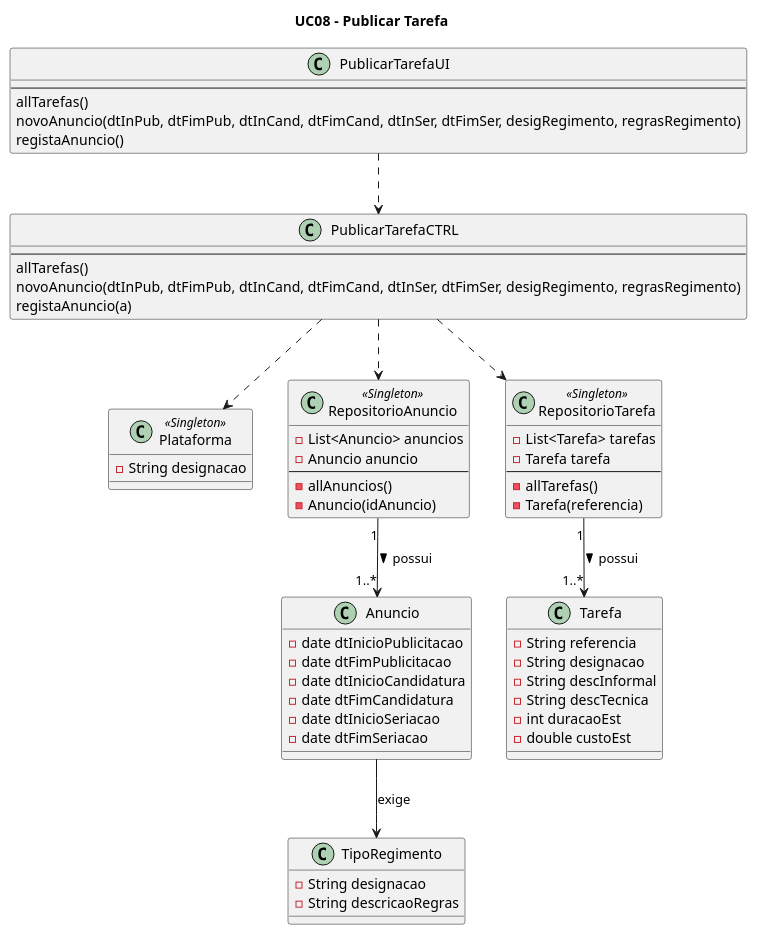
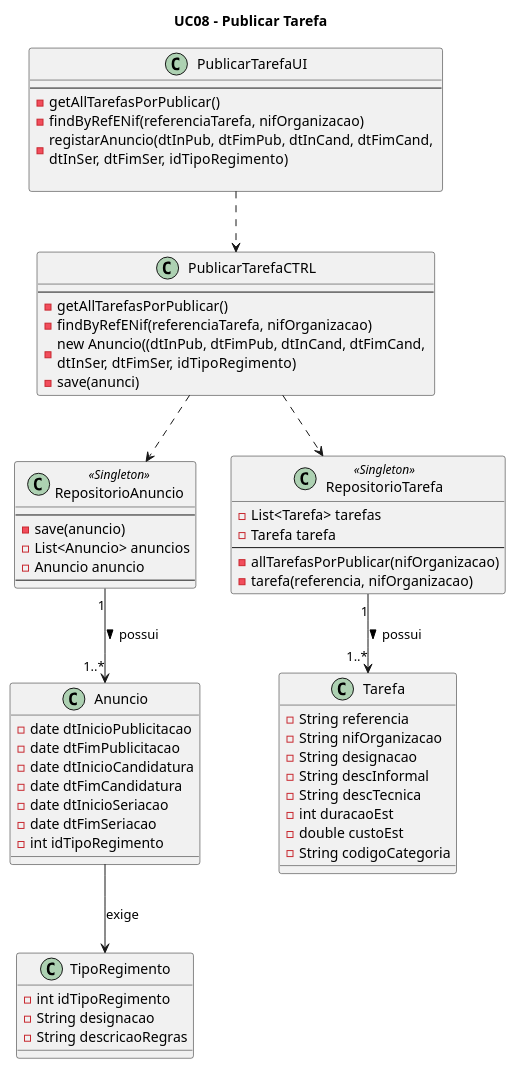
One commit to blestonbandeiraUPSKILL/upskill_java1_labprg_grupo2 changed the diagram in Documentação/Sprint 3/UC08_Publicar_Tarefa/UC08_Publicar_Tarefa_DiagClas.wsd. Above: the diagram before and after it, drawn with PlantUML. The commit also changed 9 other files, not shown here.

```diff
--- a/Documentação/Sprint 3/UC08_Publicar_Tarefa/UC08_Publicar_Tarefa_DiagClas.wsd
+++ b/Documentação/Sprint 3/UC08_Publicar_Tarefa/UC08_Publicar_Tarefa_DiagClas.wsd
@@ -1,70 +1,76 @@
 @startuml
 title UC08 - Publicar Tarefa
 
-class Plataforma <<Singleton>> {
-    -String designacao
-}
+'left to right direction
 
 class PublicarTarefaUI{
     --
-    allTarefas()
-    novoAnuncio(dtInPub, dtFimPub, dtInCand, dtFimCand, dtInSer, dtFimSer, desigRegimento, regrasRegimento)
-    registaAnuncio()
+    -getAllTarefasPorPublicar()
+    -findByRefENif(referenciaTarefa, nifOrganizacao)
+    -registarAnuncio(dtInPub, dtFimPub, dtInCand, dtFimCand, \ndtInSer, dtFimSer, idTipoRegimento)
+    
 }
 
 class PublicarTarefaCTRL{
    --
-   allTarefas()
-   novoAnuncio(dtInPub, dtFimPub, dtInCand, dtFimCand, dtInSer, dtFimSer, desigRegimento, regrasRegimento)
-   registaAnuncio(a)
+   -getAllTarefasPorPublicar()
+   -findByRefENif(referenciaTarefa, nifOrganizacao)
+   -new Anuncio((dtInPub, dtFimPub, dtInCand, dtFimCand, \ndtInSer, dtFimSer, idTipoRegimento)
+   -save(anunci)
+}
+
+class RepositorioAnuncio {
+    --
+    -save(anuncio)
 }
 
 class Anuncio{
     -date dtInicioPublicitacao
     -date dtFimPublicitacao
     -date dtInicioCandidatura
     -date dtFimCandidatura
     -date dtInicioSeriacao
     -date dtFimSeriacao
+    -int idTipoRegimento
 }
 
 class Tarefa{
-  -String referencia
-  -String designacao
-  -String descInformal
-  -String descTecnica
-  -int duracaoEst
-  -double custoEst 
+    -String referencia
+    -String nifOrganizacao
+    -String designacao
+    -String descInformal
+    -String descTecnica
+    -int duracaoEst
+    -double custoEst 
+    -String codigoCategoria
 }
 
 class TipoRegimento{
-  -String designacao
-  -String descricaoRegras
+    -int idTipoRegimento
+    -String designacao
+    -String descricaoRegras
 }
 
 class RepositorioAnuncio <<Singleton>>{
     -List<Anuncio> anuncios
     -Anuncio anuncio
     --
-    -allAnuncios()
-    -Anuncio(idAnuncio)
 }
 
 class RepositorioTarefa <<Singleton>>{
     -List<Tarefa> tarefas
     -Tarefa tarefa
     --
-    -allTarefas()
-    -Tarefa(referencia)    
+    -allTarefasPorPublicar(nifOrganizacao)
+    -tarefa(referencia, nifOrganizacao)    
 }
 
 PublicarTarefaUI ..> PublicarTarefaCTRL
-PublicarTarefaCTRL ..> Plataforma
 PublicarTarefaCTRL ..> RepositorioTarefa
 PublicarTarefaCTRL ..> RepositorioAnuncio
 
 RepositorioTarefa "1" --> "1..*" Tarefa: possui >
 RepositorioAnuncio "1" --> "1..*"  Anuncio: possui >
 Anuncio --> TipoRegimento: exige
 
 @enduml
```
